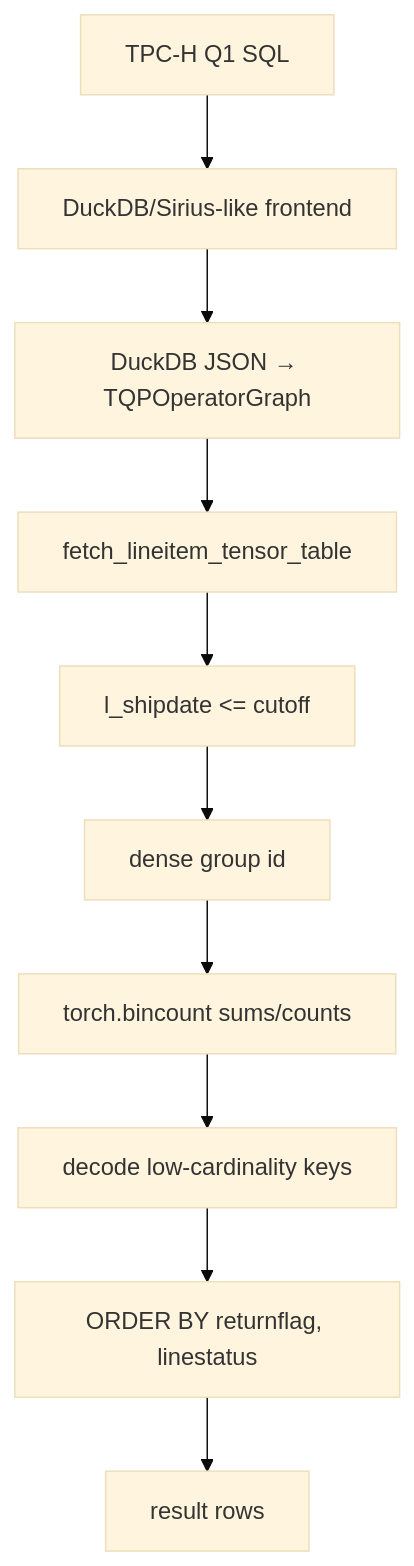
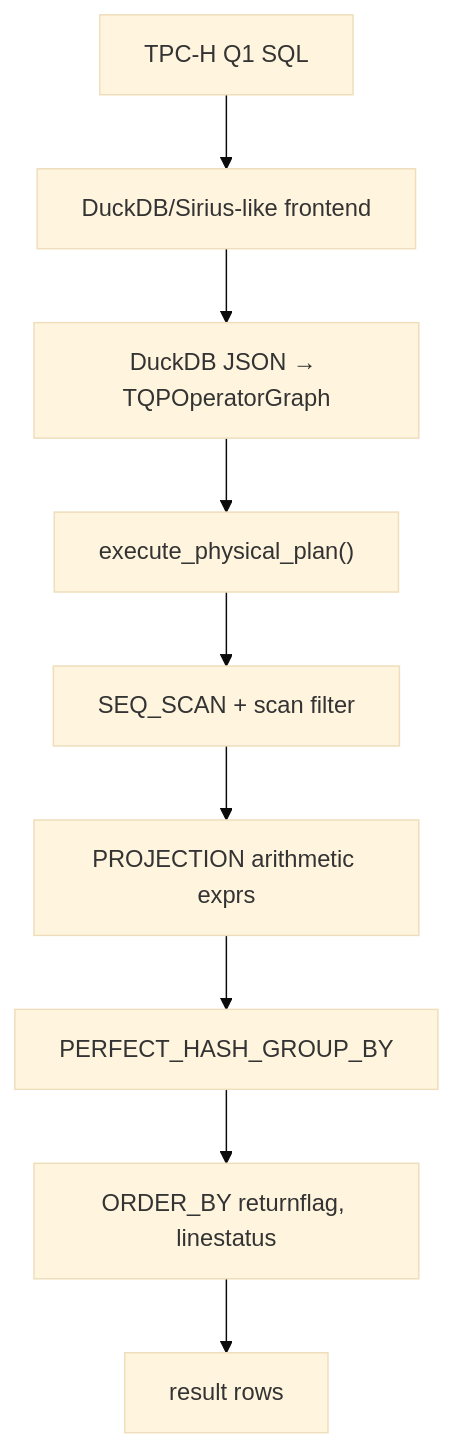
Before and after one commit to liuweibupt/torch-query-gpu: the second of 2 diagrams in docs/architecture.zh.md, drawn with Mermaid (base theme). The commit also changed other lines of this file and 9 other files, not shown here.

Commit message:
feat: route tpch q1 through physical plan interpreter

````diff
--- a/docs/architecture.zh.md
+++ b/docs/architecture.zh.md
@@ -158,12 +158,11 @@
 ```mermaid
 flowchart TD
     Q1SQL["TPC-H Q1 SQL"] --> Frontend["DuckDB/Sirius-like frontend"]
     Frontend --> Graph["DuckDB JSON → TQPOperatorGraph"]
-    Graph --> Fetch["fetch_lineitem_tensor_table"]
-    Fetch --> Filter["l_shipdate <= cutoff"]
-    Filter --> GroupID["dense group id"]
-    GroupID --> Reduce["torch.bincount sums/counts"]
-    Reduce --> Decode["decode low-cardinality keys"]
-    Decode --> Sort["ORDER BY returnflag, linestatus"]
+    Graph --> Physical["execute_physical_plan()"]
+    Physical --> Scan["SEQ_SCAN + scan filter"]
+    Scan --> Project["PROJECTION arithmetic exprs"]
+    Project --> Aggregate["PERFECT_HASH_GROUP_BY"]
+    Aggregate --> Sort["ORDER_BY returnflag, linestatus"]
     Sort --> Rows["result rows"]
 ```
````
